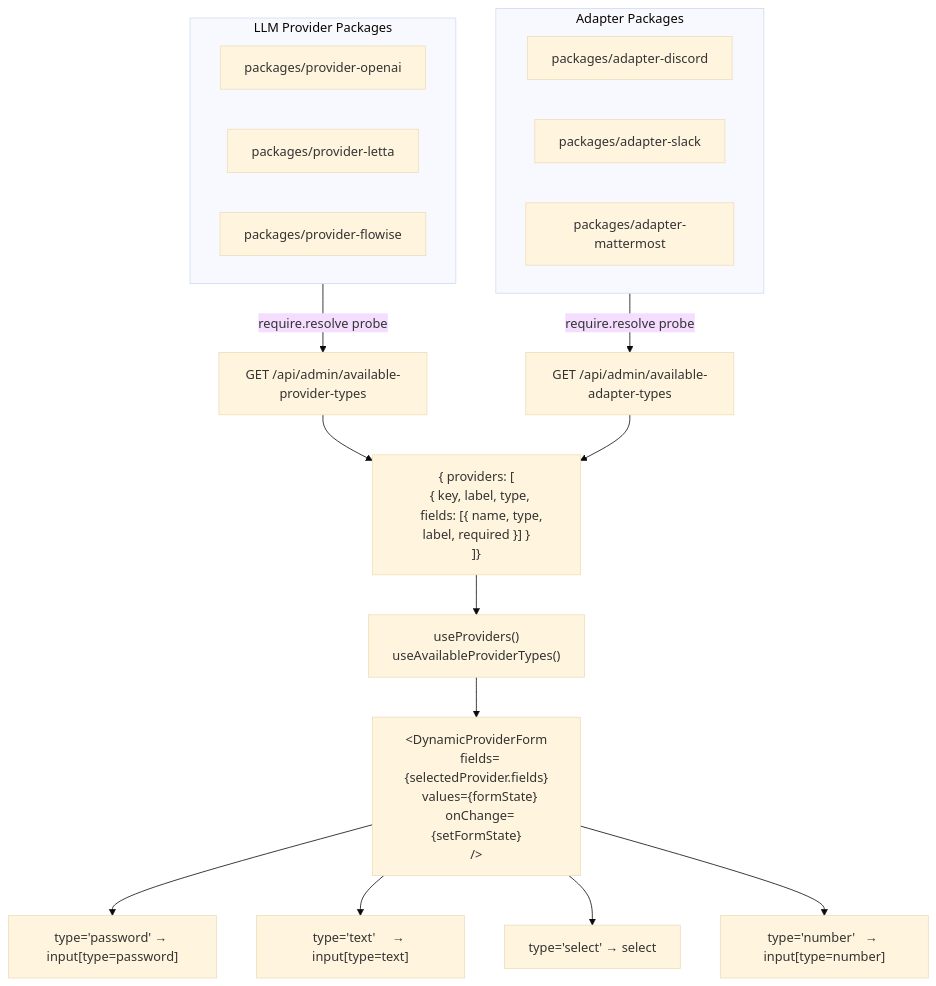
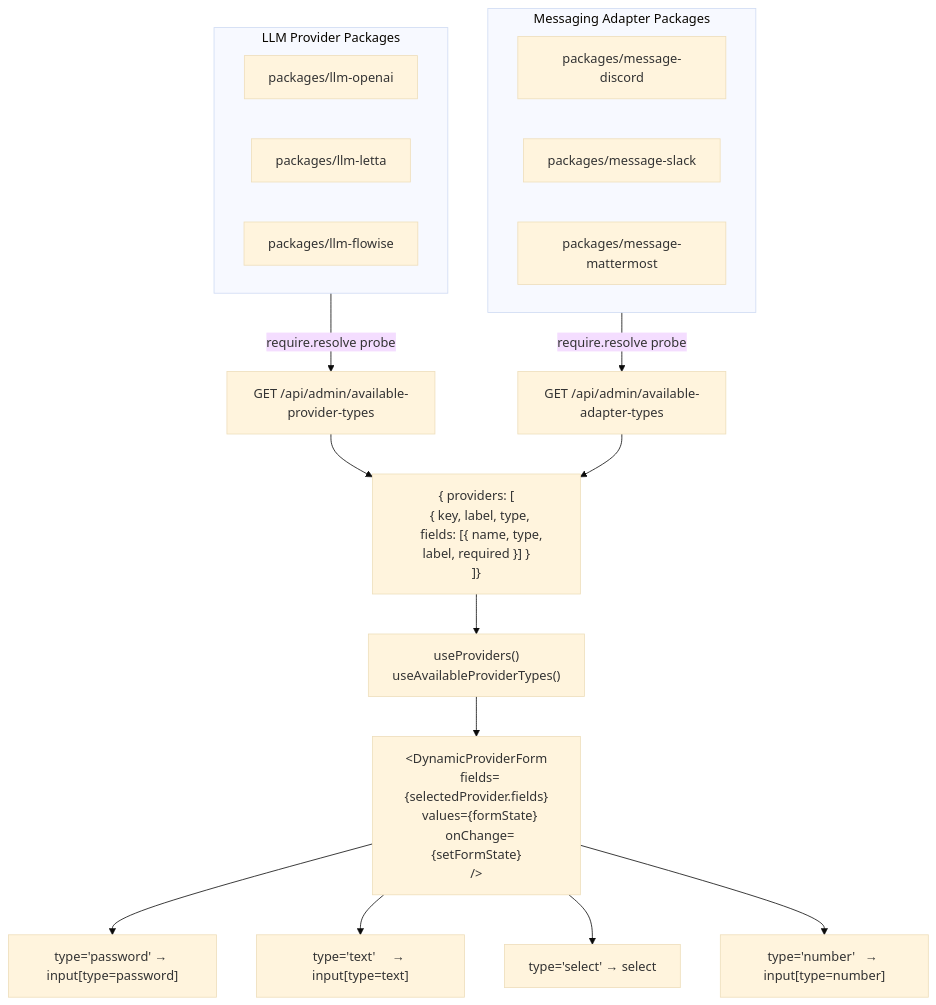
One commit to matthewhand/open-hivemind changed the diagram in docs/architecture/provider-package-architecture.md. Above: the diagram before and after it, drawn with Mermaid (base theme). The commit also changed other lines of this file and 10 other files, not shown here.

````diff
--- a/docs/architecture/provider-package-architecture.md
+++ b/docs/architecture/provider-package-architecture.md
@@ -11,22 +11,22 @@
 ```mermaid
 flowchart TD
     subgraph llm["LLM Provider Packages"]
-        po[packages/provider-openai]
-        pl[packages/provider-letta]
-        pf[packages/provider-flowise]
+        po[packages/llm-openai]
+        pl[packages/llm-letta]
+        pf[packages/llm-flowise]
     end
-    subgraph ada["Adapter Packages"]
-        ad[packages/adapter-discord]
-        as[packages/adapter-slack]
-        am[packages/adapter-mattermost]
+    subgraph ada["Messaging Adapter Packages"]
+        ad[packages/message-discord]
+        as[packages/message-slack]
+        am[packages/message-mattermost]
     end
     llm -->|"require.resolve probe"| ep1["GET /api/admin/available-provider-types"]
     ada -->|"require.resolve probe"| ep2["GET /api/admin/available-adapter-types"]
     ep1 & ep2 --> json["{ providers: [\n  { key, label, type,\n    fields: [{ name, type, label, required }] }\n]}"]
     json --> hook["useProviders()\nuseAvailableProviderTypes()"]
     hook --> form["&lt;DynamicProviderForm\n  fields={selectedProvider.fields}\n  values={formState}\n  onChange={setFormState}\n/&gt;"]
     form --> r1["type='password' → input[type=password]"]
     form --> r2["type='text'     → input[type=text]"]
     form --> r3["type='select'   → select"]
     form --> r4["type='number'   → input[type=number]"]
 ```
````
